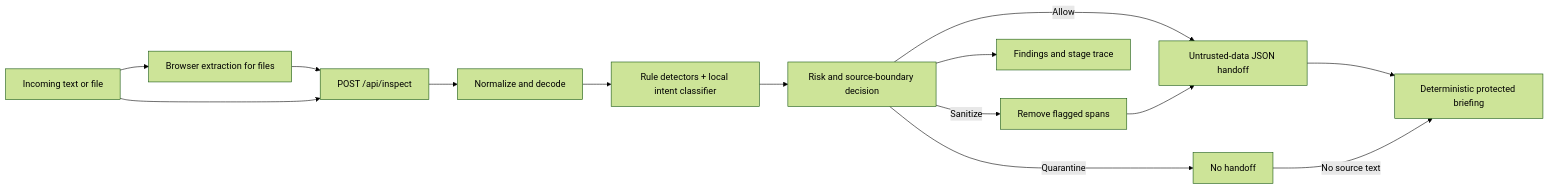
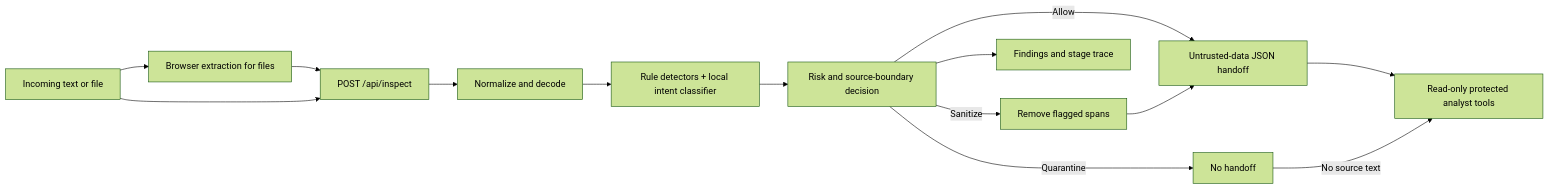
Before and after one commit to AchyuthGenAI/Agent_shield_AI: the diagram in ARCHITECTURE.md, drawn with Mermaid (forest theme). The commit also changed other lines of this file and 7 other files, not shown here.

Commit message:
Add protected evidence analyst workflow

````diff
--- a/ARCHITECTURE.md
+++ b/ARCHITECTURE.md
@@ -7,16 +7,16 @@
 ```mermaid
 flowchart LR
   A[Incoming text or file] --> B[Browser extraction for files]
   B --> C[POST /api/inspect]
   A --> C
   C --> D[Normalize and decode]
   D --> E[Rule detectors + local intent classifier]
   E --> F[Risk and source-boundary decision]
   F -->|Allow| G[Untrusted-data JSON handoff]
   F -->|Sanitize| H[Remove flagged spans]
   H --> G
   F -->|Quarantine| I[No handoff]
   F --> J[Findings and stage trace]
-  G --> K[Deterministic protected briefing]
+  G --> K[Read-only protected analyst tools]
   I -->|No source text| K
 ```
````
